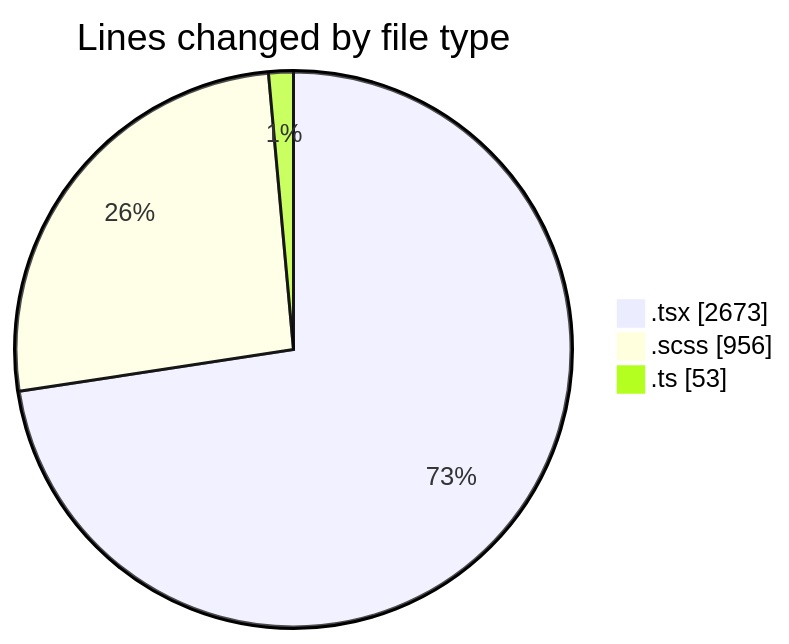
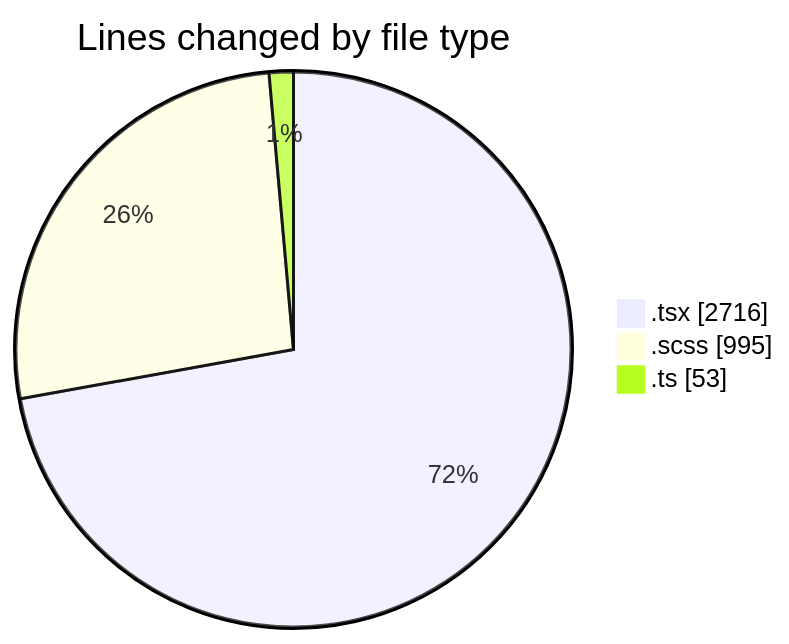
The first of 2 diagrams in 2025-03-27/cda/README.md (momahboobian/code-tracking), drawn with Mermaid before and after one commit. The commit also changed other lines of this file and 1 other file, not shown here.

````diff
--- a/2025-03-27/cda/README.md
+++ b/2025-03-27/cda/README.md
@@ -40,7 +42,7 @@
 ```mermaid
 pie showData
 title Lines changed by file type
-".tsx" : 2673
-".scss" : 956
+".tsx" : 2716
+".scss" : 995
 ".ts" : 53
 ```
````
